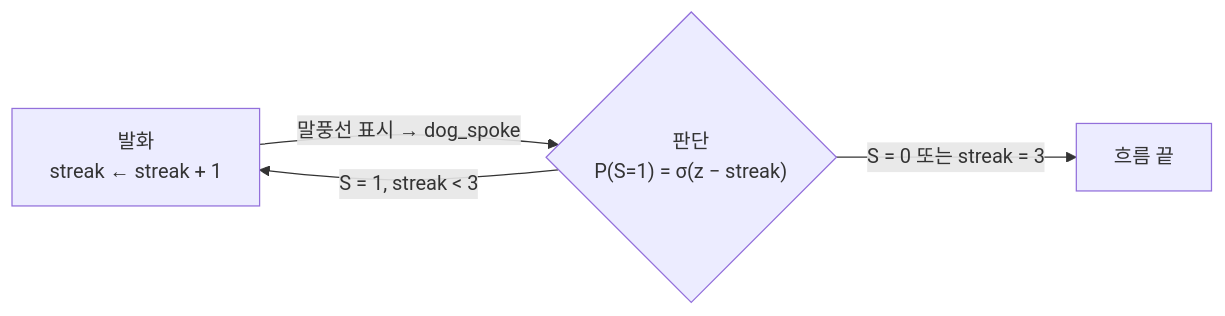
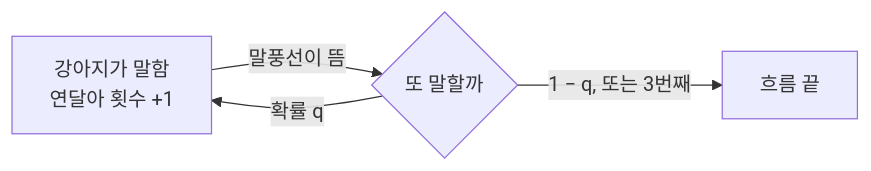
Before and after one commit to HEOSEONGILml/AssistantChatBot: the sixth of 8 diagrams in ARCHITECTURE.md, drawn with Mermaid. The commit also changed other lines of this file and 6 other files, not shown here.

````diff
--- a/ARCHITECTURE.md
+++ b/ARCHITECTURE.md
@@ -297,6 +252,6 @@
 ```mermaid
 flowchart LR
-  SPK["발화<br>streak ← streak + 1"] -->|"말풍선 표시 → dog_spoke"| JD{"판단<br>P(S=1) = σ(z − streak)"}
-  JD -->|"S = 1, streak < 3"| SPK
-  JD -->|"S = 0 또는 streak = 3"| STOP["흐름 끝"]
+  SPK["강아지가 말함<br>연달아 횟수 +1"] -->|"말풍선이 뜸"| JD{"또 말할까"}
+  JD -->|"확률 q"| SPK
+  JD -->|"1 − q, 또는 3번째"| STOP["흐름 끝"]
 ```
````
